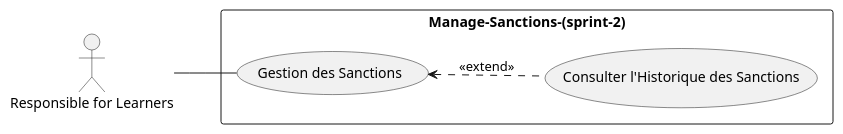
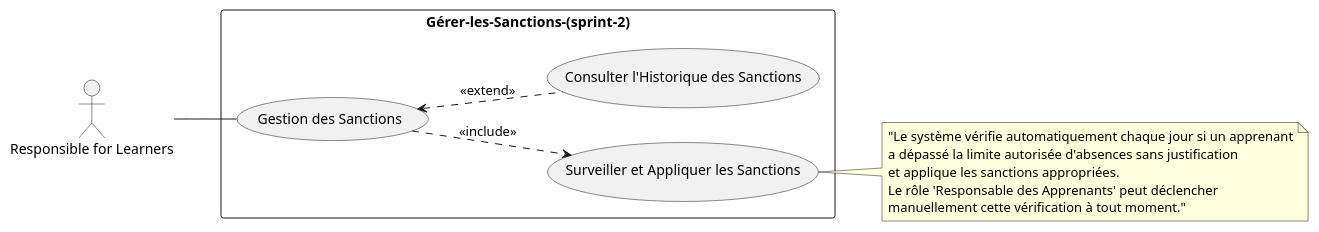
One commit to Tribak-Ayoub/Project-fil-rouge changed the diagram in Functional Branch/Use Case/Use-Case-Sprint2.puml. Above: the diagram before and after it, drawn with PlantUML. The commit also changed 5 other files, not shown here.

```diff
--- a/Functional Branch/Use Case/Use-Case-Sprint2.puml
+++ b/Functional Branch/Use Case/Use-Case-Sprint2.puml
@@ -1,14 +1,24 @@
 @startuml
 left to right direction
 actor "Responsible for Learners" as Admin
 
-rectangle Manage-Sanctions-(sprint-2) {
+rectangle Gérer-les-Sanctions-(sprint-2) {
+  usecase "Surveiller et Appliquer les Sanctions" as UC2
   usecase "Consulter l'Historique des Sanctions" as UC4
   usecase "Gestion des Sanctions" as UC5
 }
 
+note right of UC2
+"Le système vérifie automatiquement chaque jour si un apprenant
+a dépassé la limite autorisée d'absences sans justification 
+et applique les sanctions appropriées.
+Le rôle 'Responsable des Apprenants' peut déclencher 
+manuellement cette vérification à tout moment."
+end note
+
 Admin -- UC5
 
 UC5 <.. UC4 : <<extend>>
+UC5 ..> UC2 : <<include>>
 
 @enduml
```
